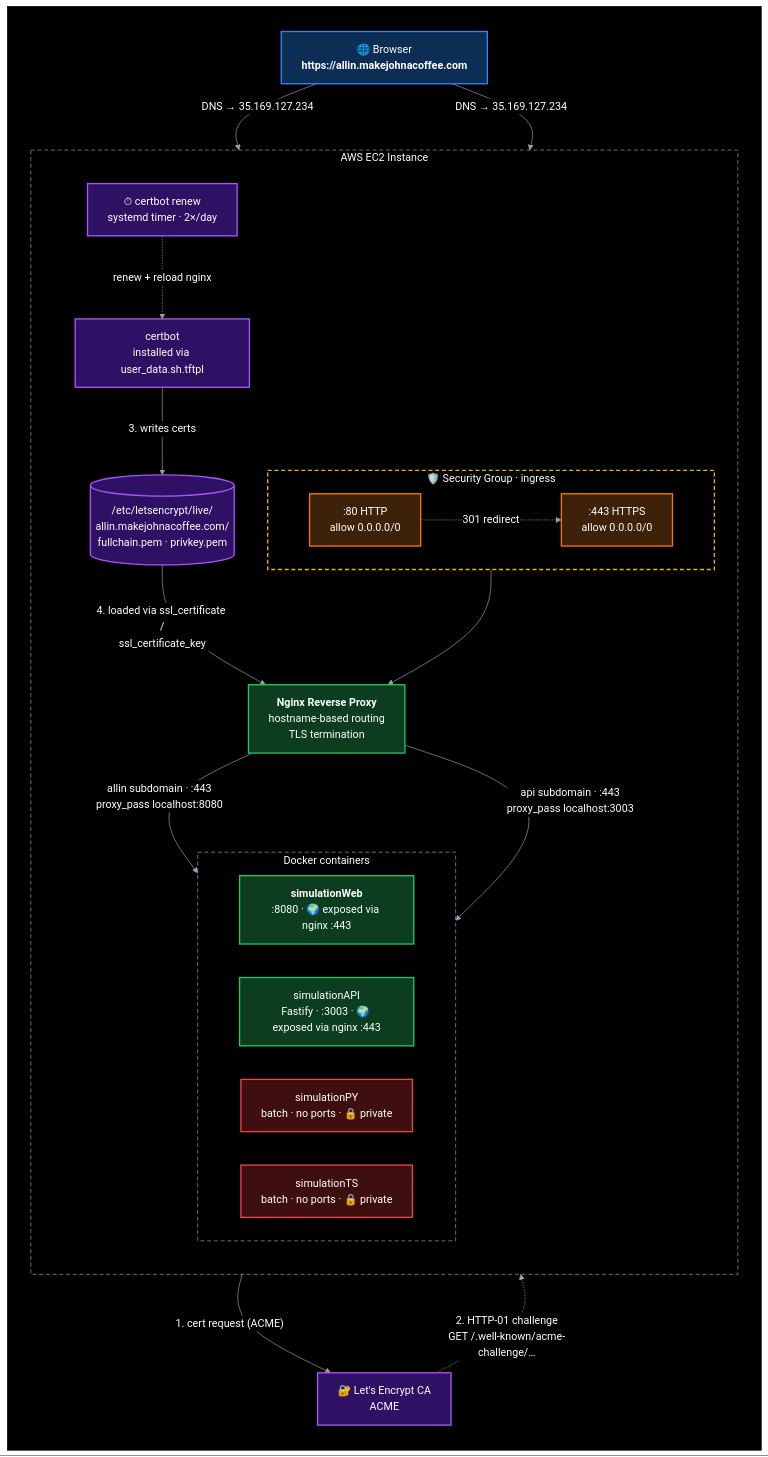
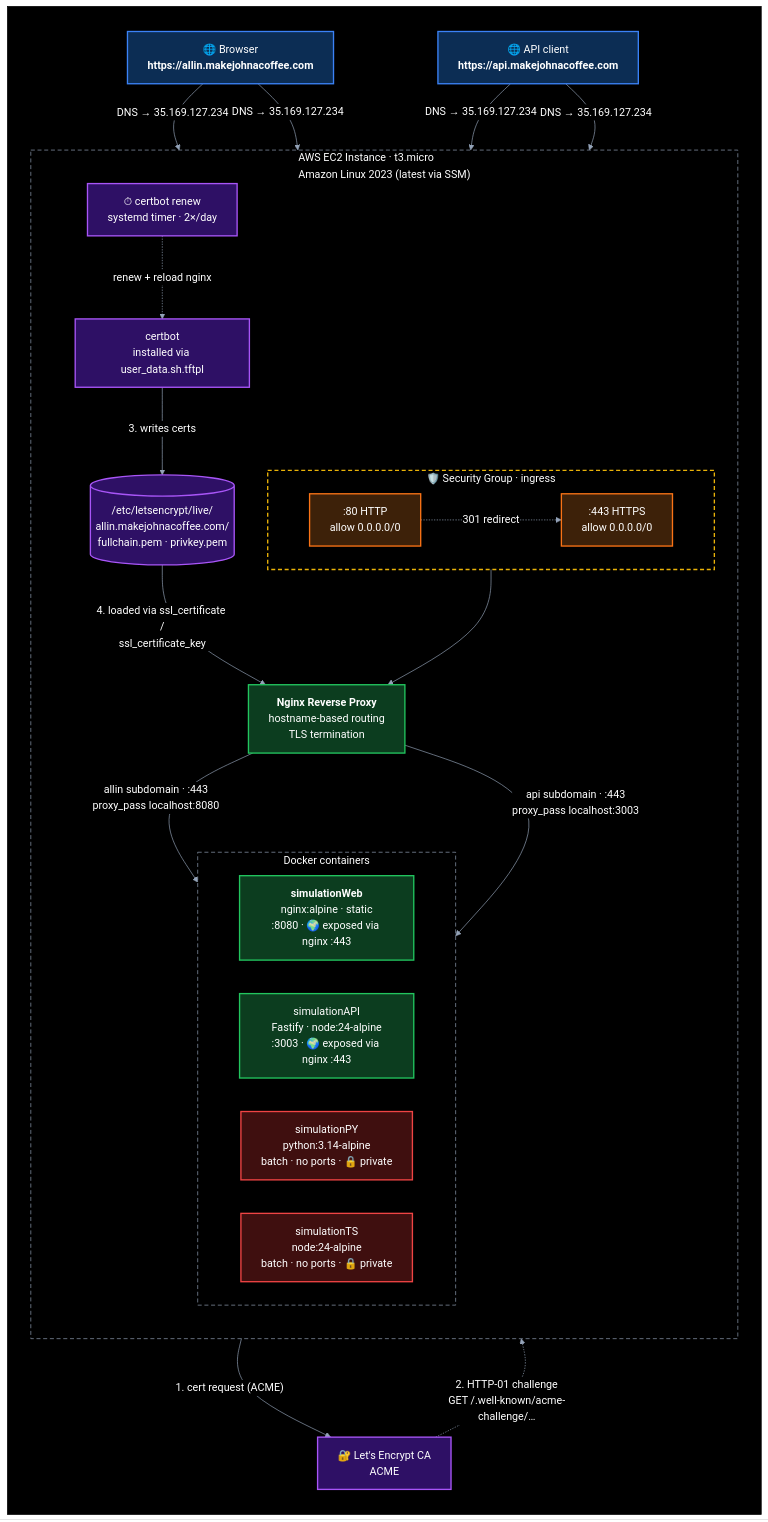
The diagram in README.md (jbframe/big-equity), drawn with Mermaid before and after one commit. The commit also changed other lines of this file and 6 other files, not shown here.

````diff
--- a/README.md
+++ b/README.md
@@ -32,65 +32,69 @@
 ```mermaid
 %%{init: {'themeVariables': {'edgeLabelBackground': '#000000'}}}%%
 graph TD
     subgraph BG[" "]
     direction TB
     Client["🌐 Browser<br/><b>https://allin.makejohnacoffee.com</b>"]
+    APIClient["🌐 API client<br/><b>https://api.makejohnacoffee.com</b>"]
     LE["🔐 Let's Encrypt CA<br/>ACME"]
 
     Client -- "DNS → 35.169.127.234" --> Port80
     Client -- "DNS → 35.169.127.234" --> Port443
+    APIClient -- "DNS → 35.169.127.234" --> Port80
+    APIClient -- "DNS → 35.169.127.234" --> Port443
 
-    subgraph EC2["AWS EC2 Instance"]
+    subgraph EC2["AWS EC2 Instance · t3.micro<br/>Amazon Linux 2023 (latest via SSM)"]
         direction TB
 
         subgraph SG["🛡️ Security Group · ingress"]
             direction LR
             Port80[":80 HTTP<br/>allow 0.0.0.0/0"]
             Port443[":443 HTTPS<br/>allow 0.0.0.0/0"]
         end
         Port80 -. "301 redirect" .-> Port443
 
         Nginx["<b>Nginx Reverse Proxy</b><br/>hostname-based routing<br/>TLS termination"]
         Port443 --> Nginx
 
         Certbot["certbot<br/>installed via user_data.sh.tftpl"]
         Certs[("/etc/letsencrypt/live/<br/>allin.makejohnacoffee.com/<br/>fullchain.pem · privkey.pem")]
         Timer["⏱ certbot renew<br/>systemd timer · 2×/day"]
 
         subgraph Docker["Docker containers"]
             direction LR
-            Web["<b>simulationWeb</b><br/>:8080 · 🌍 exposed via nginx :443"]
-            API["simulationAPI<br/>Fastify · :3003 · 🌍 exposed via nginx :443"]
-            PY["simulationPY<br/>batch · no ports · 🔒 private"]
-            TS["simulationTS<br/>batch · no ports · 🔒 private"]
+            Web["<b>simulationWeb</b><br/>nginx:alpine · static<br/>:8080 · 🌍 exposed via nginx :443"]
+            API["simulationAPI<br/>Fastify · node:24-alpine<br/>:3003 · 🌍 exposed via nginx :443"]
+            PY["simulationPY<br/>python:3.14-alpine<br/>batch · no ports · 🔒 private"]
+            TS["simulationTS<br/>node:24-alpine<br/>batch · no ports · 🔒 private"]
         end
 
         Nginx -- "allin subdomain · :443<br/>proxy_pass localhost:8080" --> Web
         Nginx -- "api subdomain · :443<br/>proxy_pass localhost:3003" --> API
     end
 
     Certbot -- "1. cert request (ACME)" --> LE
     LE -. "2. HTTP-01 challenge<br/>GET /.well-known/acme-challenge/…" .-> Port80
     Certbot -- "3. writes certs" --> Certs
     Certs -- "4. loaded via ssl_certificate /<br/>ssl_certificate_key" --> Nginx
     Timer -. "renew + reload nginx" .-> Certbot
     end
 
     style BG fill:#000000,stroke:#000000
     style Client fill:#0c2d54,stroke:#3b82f6,stroke-width:2px,color:#ffffff
+    style APIClient fill:#0c2d54,stroke:#3b82f6,stroke-width:2px,color:#ffffff
     style LE fill:#2e1065,stroke:#a855f7,stroke-width:2px,color:#ffffff
     style Port80 fill:#3d2109,stroke:#f97316,stroke-width:2px,color:#ffffff
     style Port443 fill:#3d2109,stroke:#f97316,stroke-width:2px,color:#ffffff
     style Nginx fill:#0c3d1f,stroke:#22c55e,stroke-width:2px,color:#ffffff
     style Web fill:#0c3d1f,stroke:#22c55e,stroke-width:2px,color:#ffffff
     style API fill:#0c3d1f,stroke:#22c55e,stroke-width:2px,color:#ffffff
     style PY fill:#3f0f0f,stroke:#ef4444,stroke-width:2px,color:#ffffff
     style TS fill:#3f0f0f,stroke:#ef4444,stroke-width:2px,color:#ffffff
     style Certbot fill:#2e1065,stroke:#a855f7,stroke-width:2px,color:#ffffff
     style Certs fill:#2e1065,stroke:#a855f7,stroke-width:2px,color:#ffffff
     style Timer fill:#2e1065,stroke:#a855f7,stroke-width:2px,color:#ffffff
     style EC2 fill:transparent,stroke:#94a3b8,stroke-dasharray:6 4,color:#ffffff
     style SG fill:transparent,stroke:#eab308,stroke-dasharray:6 4,stroke-width:2px,color:#ffffff
     style Docker fill:transparent,stroke:#94a3b8,stroke-dasharray:6 4,color:#ffffff
     linkStyle default stroke:#94a3b8,color:#ffffff
 ```
````
